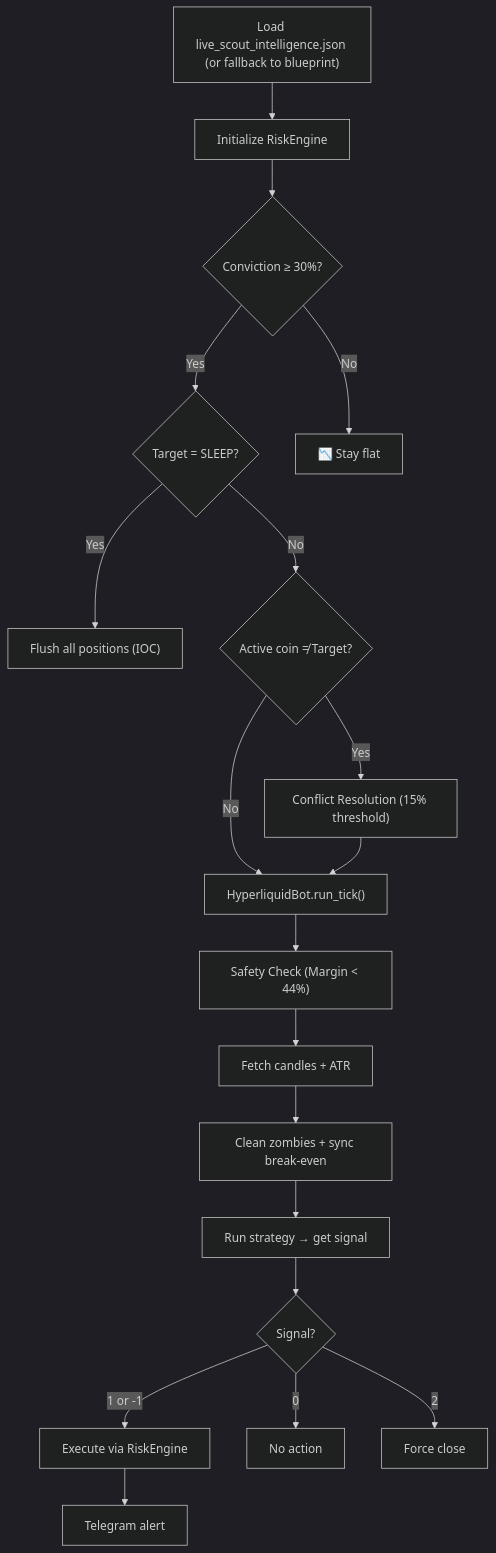
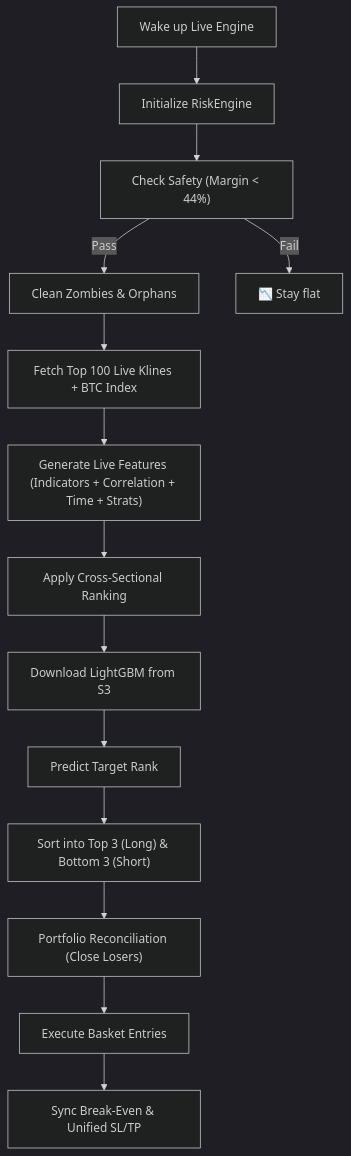
The second of 2 diagrams in ARCHITECTURE.md (CnahtanoJ/alpha-factory), drawn with Mermaid (dark theme) before and after one commit. The commit also changed other lines of this file and 39 other files, not shown here.

Commit message:
Implement P0-P2 Audit fixes (Circuit Breaker, IOC Partial Fills, Versioning, BTC Corr, Cost Modeling)

````diff
--- a/ARCHITECTURE.md
+++ b/ARCHITECTURE.md
@@ -275,31 +276,20 @@
 ```mermaid
 flowchart TD
-    A["Load live_scout_intelligence.json (or fallback to blueprint)"]
+    A["Wake up Live Engine"]
     B["Initialize RiskEngine"]
-    C{"Conviction ≥ 30%?"}
-    D{"Target = SLEEP?"}
-    E["Flush all positions (IOC)"]
-    F{"Active coin ≠ Target?"}
-    G["Conflict Resolution (15% threshold)"]
-    H["HyperliquidBot.run_tick()"]
-    I["Safety Check (Margin < 44%)"]
-    J["Fetch candles + ATR"]
-    K["Clean zombies + sync break-even"]
-    L["Run strategy → get signal"]
-    M{"Signal?"}
-    N["Execute via RiskEngine"]
-    O["Telegram alert"]
+    C["Check Safety (Margin < 44%)"]
+    D["Clean Zombies & Orphans"]
+    E["Fetch Top 100 Live Klines + BTC Index"]
+    F["Generate Live Features (Indicators + Correlation + Time + Strats)"]
+    G["Apply Cross-Sectional Ranking"]
+    H["Download LightGBM from S3"]
+    I["Predict Target Rank"]
+    J["Sort into Top 3 (Long) & Bottom 3 (Short)"]
+    K["Portfolio Reconciliation (Close Losers)"]
+    L["Execute Basket Entries"]
+    M["Sync Break-Even & Unified SL/TP"]
 
     A --> B --> C
-    C -->|No| BAIL["📉 Stay flat"]
-    C -->|Yes| D
-    D -->|Yes| E
-    D -->|No| F
-    F -->|Yes| G
-    F -->|No| H
-    G --> H
-    H --> I --> J --> K --> L --> M
-    M -->|0| NEUTRAL["No action"]
-    M -->|1 or -1| N --> O
-    M -->|2| EXIT["Force close"]
+    C -->|Fail| BAIL["📉 Stay flat"]
+    C -->|Pass| D --> E --> F --> G --> H --> I --> J --> K --> L --> M
 ```
````
